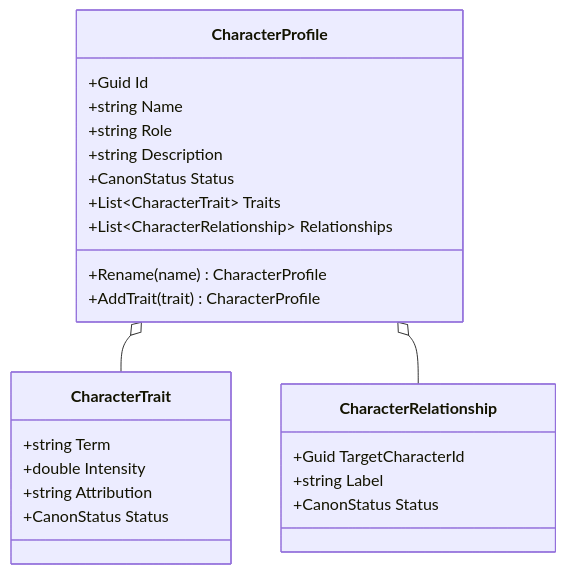
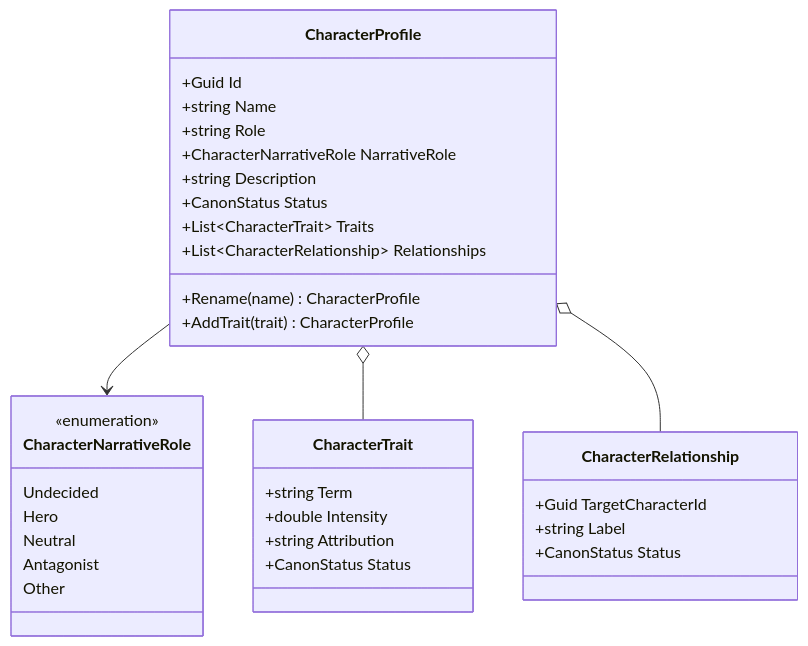
The diagram in docs/UML/CharacterProfileUML.md (TrentBest/StoryBuilder), drawn with Mermaid before and after one commit.

Commit message:
Add story-function grouping to CharacterProfile UML

````diff
--- a/docs/UML/CharacterProfileUML.md
+++ b/docs/UML/CharacterProfileUML.md
@@ -5,27 +5,37 @@
 ```mermaid
 classDiagram
 class CharacterProfile {
   +Guid Id
   +string Name
   +string Role
+  +CharacterNarrativeRole NarrativeRole
   +string Description
   +CanonStatus Status
   +List~CharacterTrait~ Traits
   +List~CharacterRelationship~ Relationships
   +Rename(name) CharacterProfile
   +AddTrait(trait) CharacterProfile
+}
+class CharacterNarrativeRole {
+  <<enumeration>>
+  Undecided
+  Hero
+  Neutral
+  Antagonist
+  Other
 }
 class CharacterTrait {
   +string Term
   +double Intensity
   +string Attribution
   +CanonStatus Status
 }
 class CharacterRelationship {
   +Guid TargetCharacterId
   +string Label
   +CanonStatus Status
 }
+CharacterProfile --> CharacterNarrativeRole
 CharacterProfile o-- CharacterTrait
 CharacterProfile o-- CharacterRelationship
 ```
````
